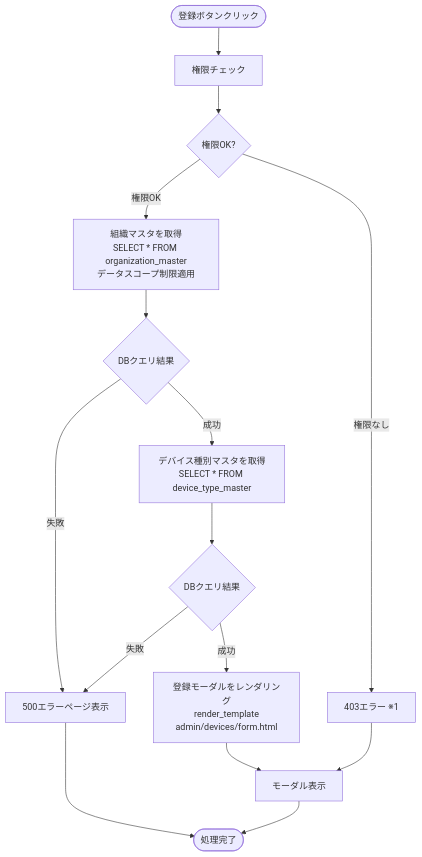
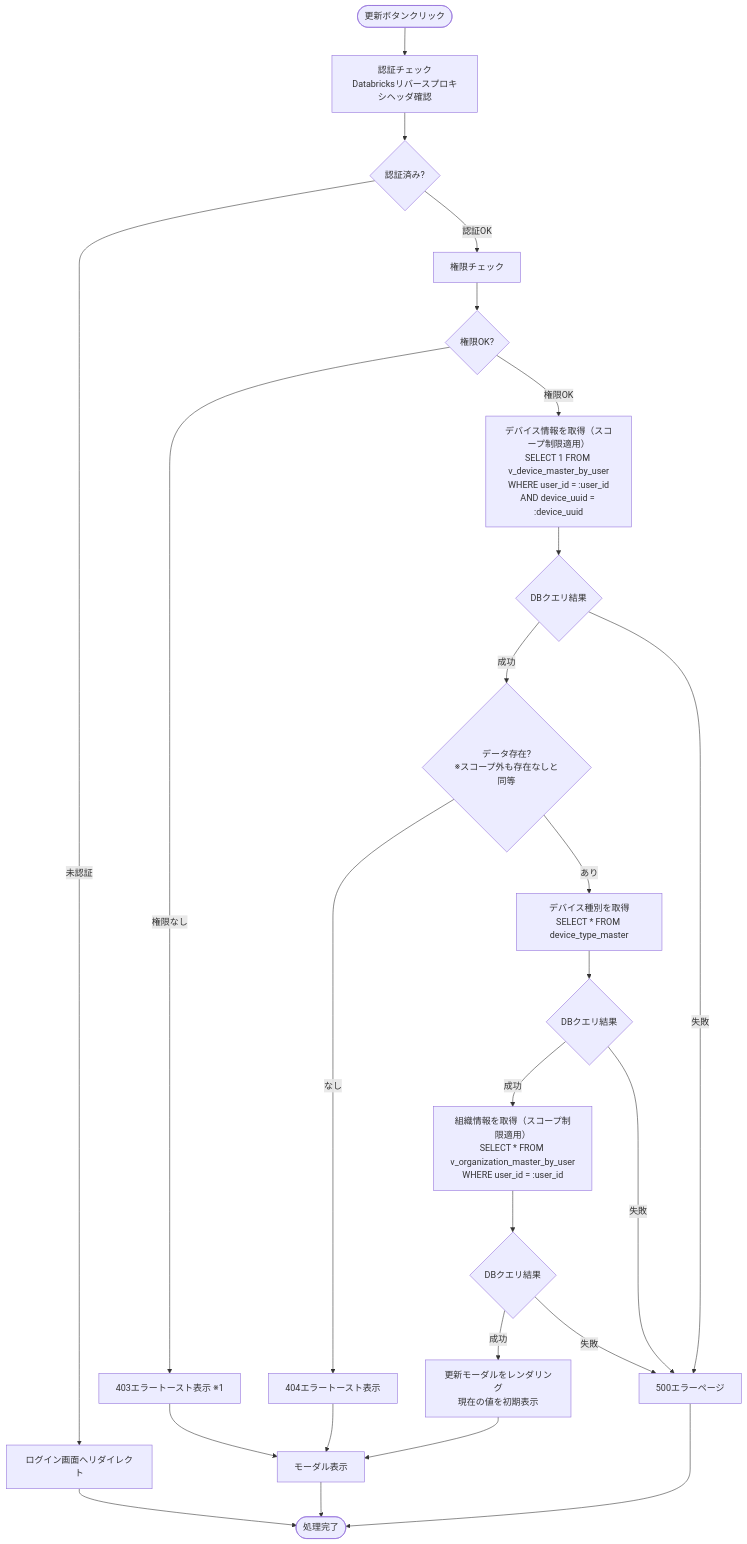
The fifth of 8 diagrams in docs/03-features/flask-app/devices/workflow-specification.md (NSW-SVCP-AIWG002/Databricks-IoT), drawn with Mermaid before and after one commit. The commit also changed other lines of this file and 3 other files, not shown here.

````diff
--- a/docs/03-features/flask-app/devices/workflow-specification.md
+++ b/docs/03-features/flask-app/devices/workflow-specification.md
@@ -519,23 +1077,35 @@
 ```mermaid
 flowchart TD
-    Start([登録ボタンクリック]) --> Permission[権限チェック]
+    Start([更新ボタンクリック]) --> Auth[認証チェック<br>Databricksリバースプロキシヘッダ確認]
+    Auth --> CheckAuth{認証済み?}
+    CheckAuth -->|未認証| LoginRedirect[ログイン画面へリダイレクト]
+    CheckAuth -->|認証OK| Permission[権限チェック]
+
     Permission --> CheckPerm{権限OK?}
-    CheckPerm -->|権限なし| Error403[403エラー ※1]
+    CheckPerm -->|権限なし| Error403[403エラートースト表示 ※1]
+    CheckPerm -->|権限OK| LoadDevice[デバイス情報を取得（スコープ制限適用）<br>SELECT 1 FROM v_device_master_by_user<br>WHERE user_id = :user_id<br>AND device_uuid = :device_uuid]
 
-    CheckPerm -->|権限OK| LoadOrgs[組織マスタを取得<br>SELECT * FROM organization_master<br>データスコープ制限適用]
-    LoadOrgs --> CheckDB0{DBクエリ結果}
+    LoadDevice --> CheckDB{DBクエリ結果}
+    CheckDB -->|成功| CheckData{データ存在?<br>※スコープ外も存在なしと同等}
+    CheckDB -->|失敗| Error500[500エラーページ]
 
-    CheckDB0 -->|成功| LoadCategory[デバイス種別マスタを取得<br>SELECT * FROM device_type_master]
-    CheckDB0 -->|失敗| Error500[500エラーページ表示]
+    CheckData -->|なし| Error404[404エラートースト表示]
+    CheckData -->|あり| LoadTypes[デバイス種別を取得<br>SELECT * FROM device_type_master]
 
-    LoadCategory --> CheckDB{DBクエリ結果}
-    
-    CheckDB -->|成功| Template[登録モーダルをレンダリング<br>render_template<br>admin/devices/form.html]
-    CheckDB -->|失敗| Error500
-    
+    LoadTypes --> CheckDB1{DBクエリ結果}
+    CheckDB1 -->|成功| LoadOrgs[組織情報を取得（スコープ制限適用）<br>SELECT * FROM v_organization_master_by_user<br>WHERE user_id = :user_id]
+    CheckDB1 -->|失敗| Error500
+
+    LoadOrgs --> CheckDB2{DBクエリ結果}
+    CheckDB2 -->|成功| Template[更新モーダルをレンダリング<br>現在の値を初期表示]
+    CheckDB2 -->|失敗| Error500
+
     Template --> View[モーダル表示]
+
     Error403 --> View
+    Error404 --> View
 
-    Error500 --> End([処理完了])
+    LoginRedirect --> End([処理完了])
     View --> End
+    Error500 --> End
 ```
````
